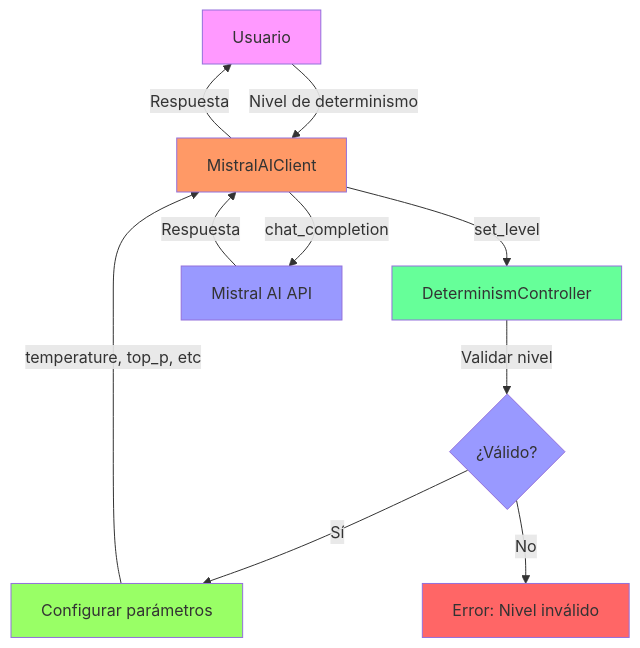
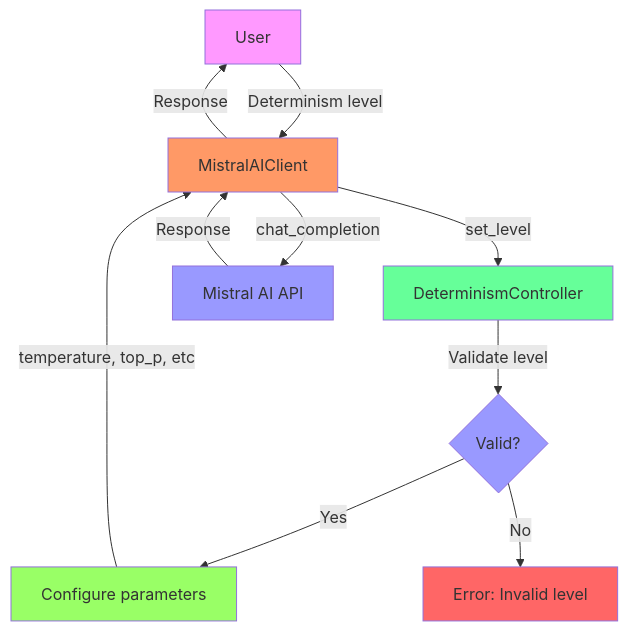
One commit to ibitato/MistralAITests changed the seventh of 10 diagrams in docs/ARCHITECTURE.md. Above: the diagram before and after it, drawn with Mermaid. The commit also changed other lines of this file and 6 other files, not shown here.

````diff
--- a/docs/ARCHITECTURE.md
+++ b/docs/ARCHITECTURE.md
@@ -323,21 +323,21 @@
 ```mermaid
 flowchart TD
-    A[Usuario] -->|Nivel de determinismo| B[MistralAIClient]
+    A[User] -->|Determinism level| B[MistralAIClient]
     B -->|set_level| C[DeterminismController]
-    C -->|Validar nivel| D{¿Válido?}
-    D -->|Sí| E[Configurar parámetros]
-    D -->|No| F[Error: Nivel inválido]
+    C -->|Validate level| D{Valid?}
+    D -->|Yes| E[Configure parameters]
+    D -->|No| F[Error: Invalid level]
     
     E -->|temperature, top_p, etc| B
     B -->|chat_completion| G[Mistral AI API]
-    G -->|Respuesta| B
-    B -->|Respuesta| A
+    G -->|Response| B
+    B -->|Response| A
     
     style A fill:#f9f
     style B fill:#f96
     style C fill:#6f9
     style D fill:#99f
     style E fill:#9f6
     style F fill:#f66
     style G fill:#99f
 ```
````
